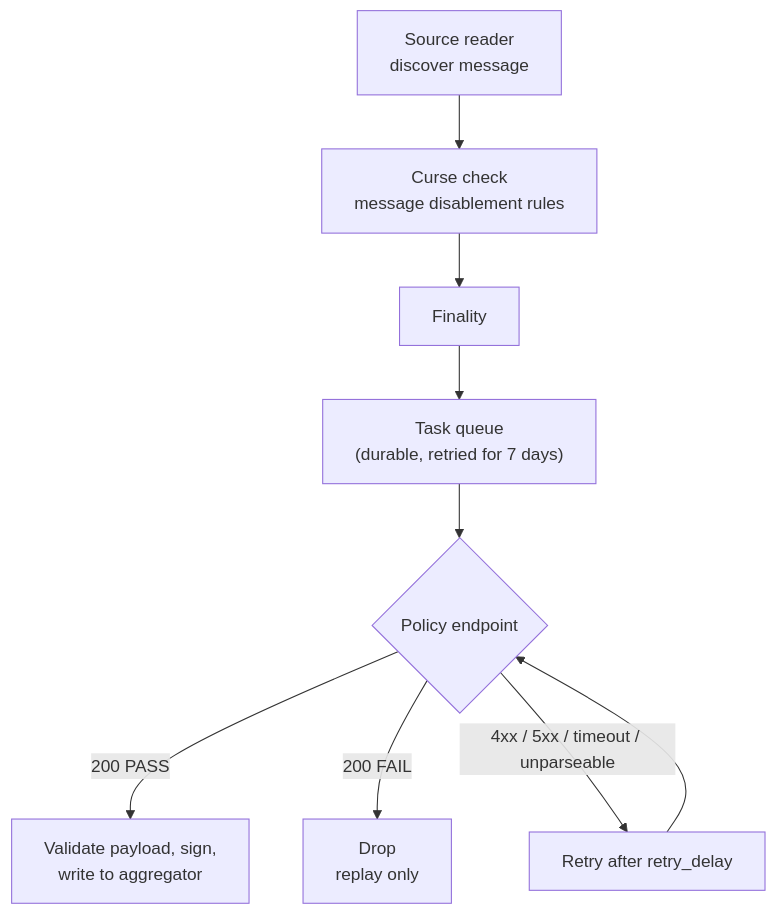
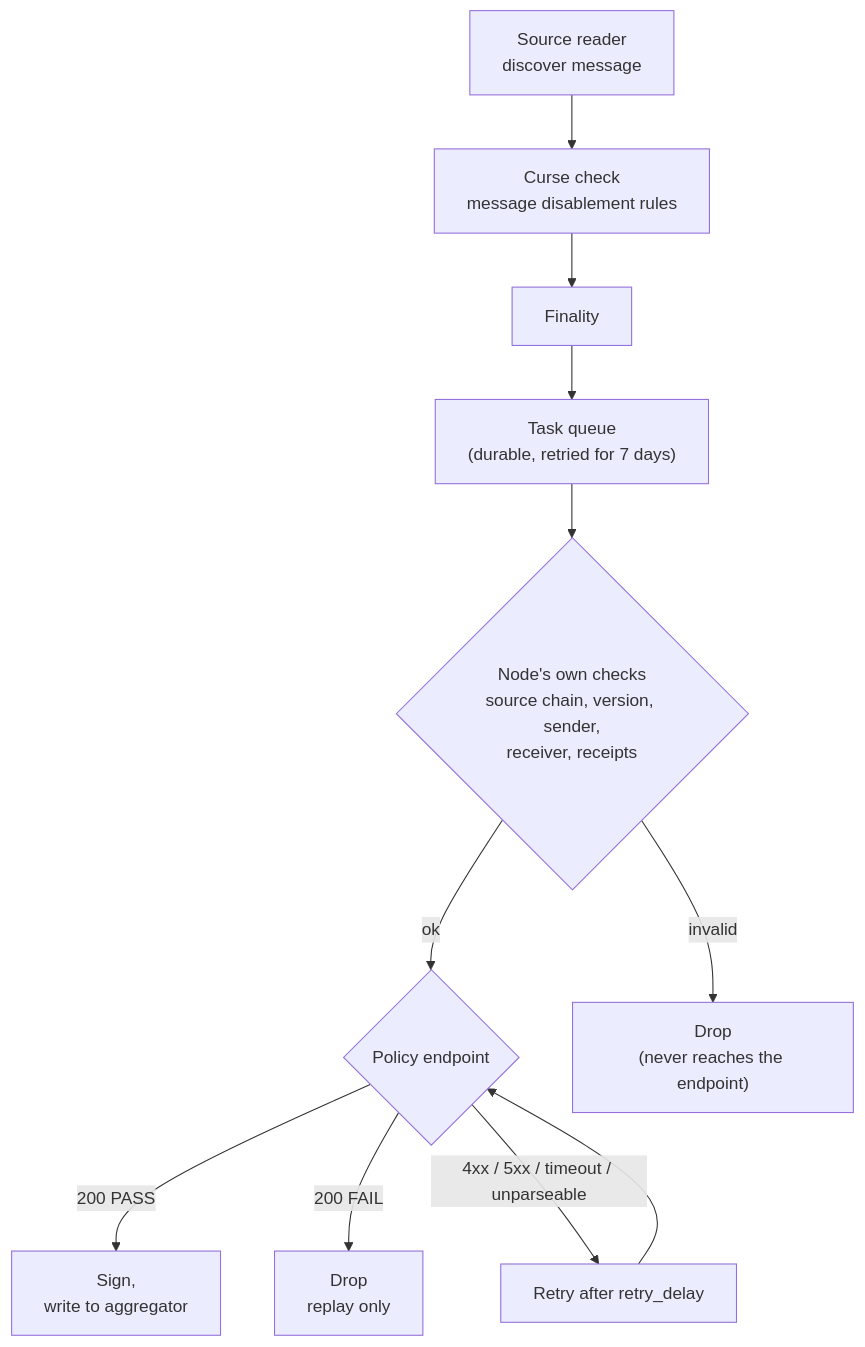
One commit to smartcontractkit/chainlink-ccv changed the diagram in verifier/docs/policy_hook.md. Above: the diagram before and after it, drawn with Mermaid. The commit also changed other lines of this file and 10 other files, not shown here.

````diff
--- a/verifier/docs/policy_hook.md
+++ b/verifier/docs/policy_hook.md
@@ -19,16 +20,20 @@
 ```mermaid
 flowchart TB
     A["Source reader\ndiscover message"]
     B["Curse check\nmessage disablement rules"]
     C["Finality"]
     D["Task queue\n(durable, retried for 7 days)"]
+    V{"Node's own checks\nsource chain, version, sender,\nreceiver, receipts"}
     E{"Policy endpoint"}
-    F["Validate payload, sign,\nwrite to aggregator"]
+    F["Sign,\nwrite to aggregator"]
     G["Drop\nreplay only"]
     H["Retry after retry_delay"]
-    A --> B --> C --> D --> E
+    I["Drop\n(never reaches the endpoint)"]
+    A --> B --> C --> D --> V
+    V -- "ok" --> E
+    V -- "invalid" --> I
     E -- "200 PASS" --> F
     E -- "200 FAIL" --> G
     E -- "4xx / 5xx / timeout / unparseable" --> H
     H --> E
 ```
````
